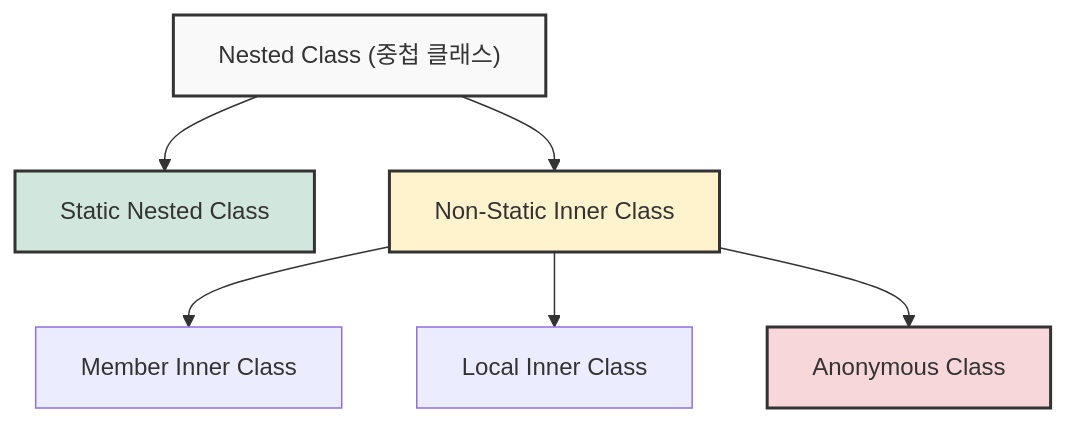
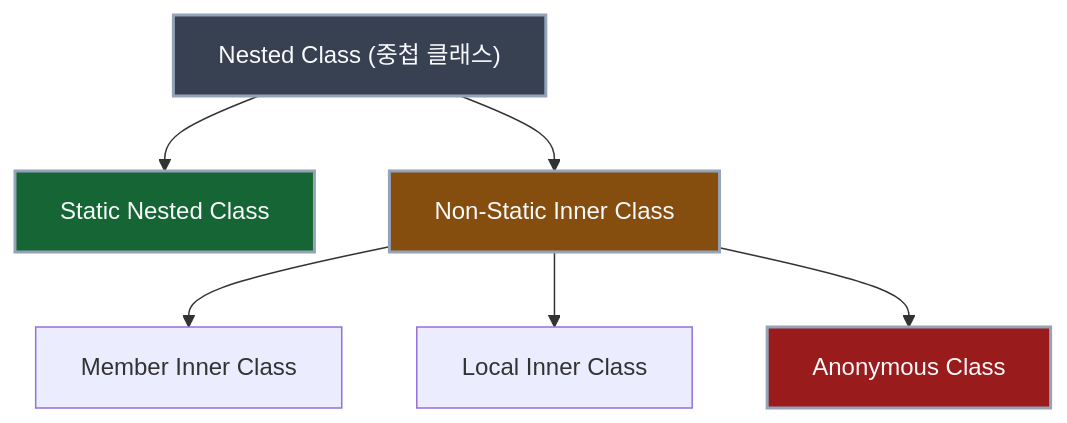
The first of 2 diagrams in _posts/java/10-내부_클래스,익명_객체,패키지/2026-01-26-10-개요.md (Kang-Hyesung/kang-hyesung.github.io), drawn with Mermaid before and after one commit. The commit also changed other lines of this file and 74 other files, not shown here.

Commit message:
docs: update post visibility and mermaid colors

````diff
--- a/_posts/java/10-내부_클래스,익명_객체,패키지/2026-01-26-10-개요.md
+++ b/_posts/java/10-내부_클래스,익명_객체,패키지/2026-01-26-10-개요.md
@@ -19,16 +19,16 @@
 ```mermaid
 graph TD
     A["Nested Class (중첩 클래스)"]
     A --> B["Static Nested Class"]
     A --> C["Non-Static Inner Class"]
     
     C --> D["Member Inner Class"]
     C --> E["Local Inner Class"]
     C --> F["Anonymous Class"]
 
-    style A fill:#f9f9f9,stroke:#333,stroke-width:2px
-    style B fill:#d1e7dd,stroke:#333,stroke-width:2px
-    style C fill:#fff3cd,stroke:#333,stroke-width:2px
-    style F fill:#f8d7da,stroke:#333,stroke-width:2px
+    style A fill:#374151,stroke:#94a3b8,stroke-width:2px,color:#f8fafc
+    style B fill:#166534,stroke:#94a3b8,stroke-width:2px,color:#f8fafc
+    style C fill:#854d0e,stroke:#94a3b8,stroke-width:2px,color:#f8fafc
+    style F fill:#991b1b,stroke:#94a3b8,stroke-width:2px,color:#f8fafc
 
 ```
````
